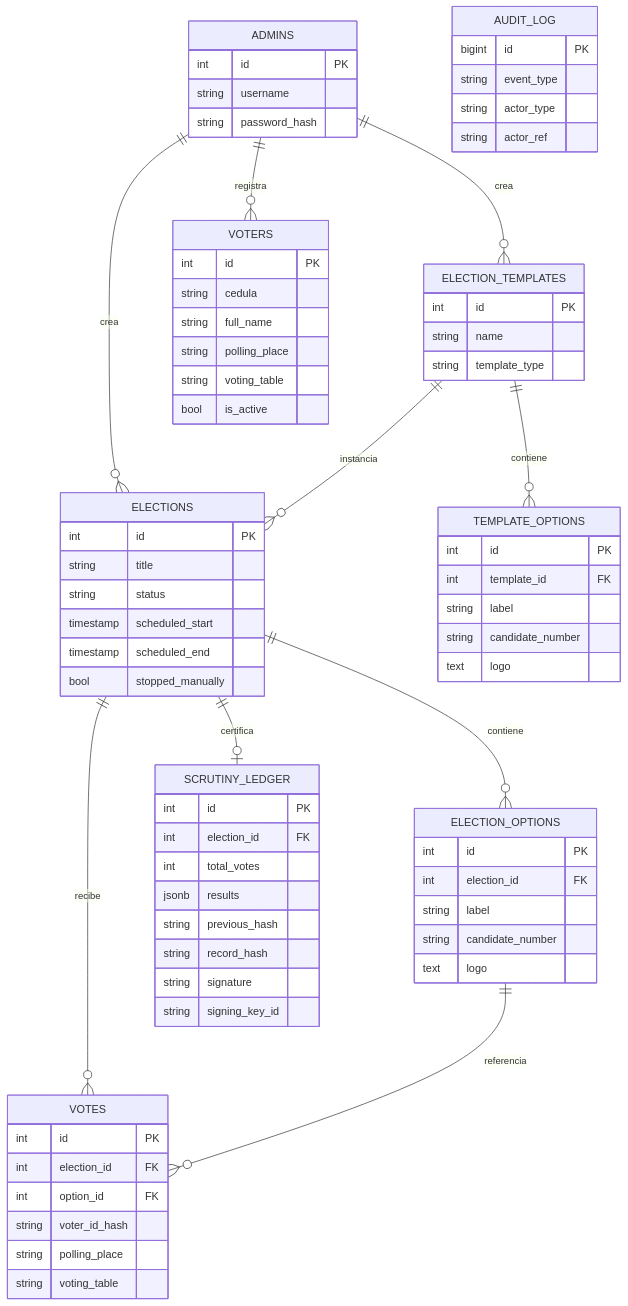
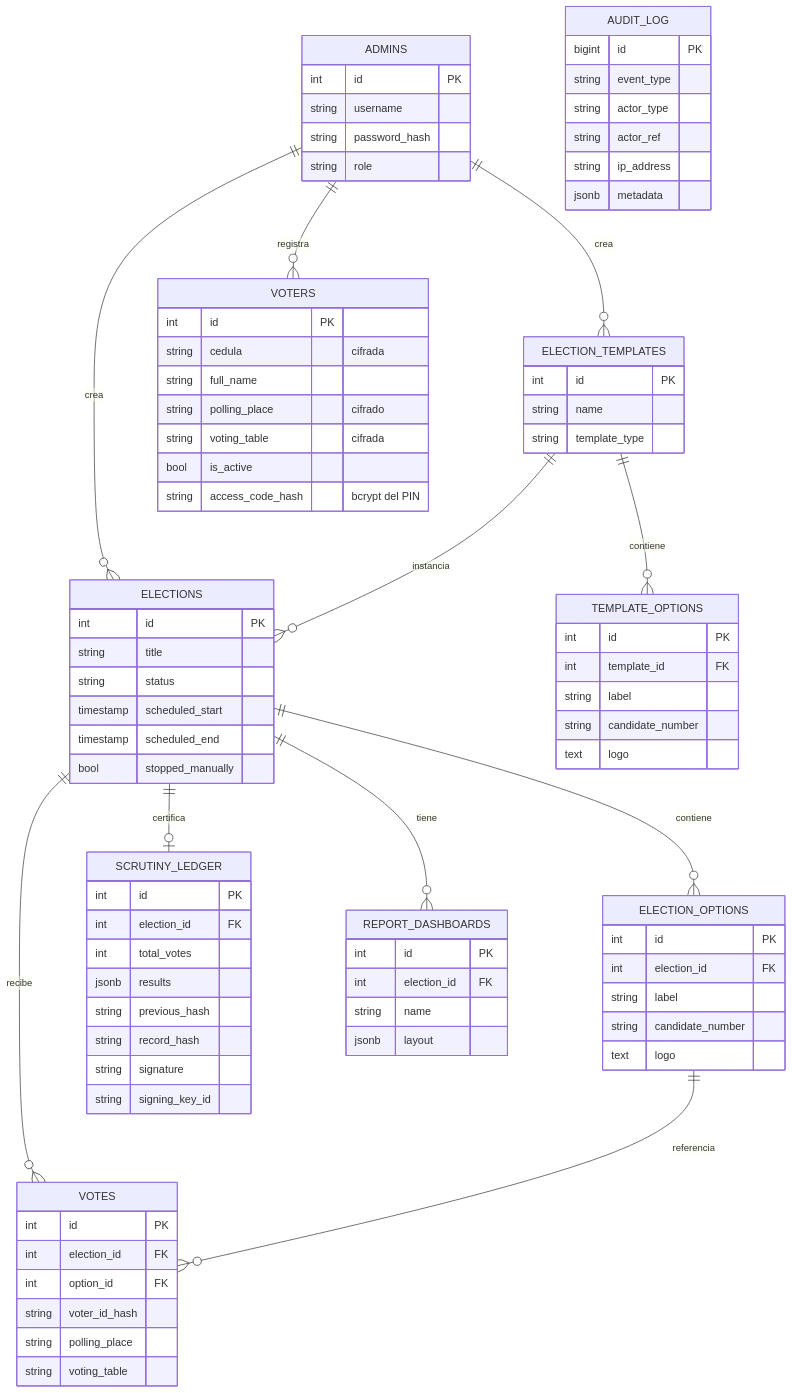
Before and after one commit to NicolasPineda1421/LiveMetric: the fifth of 5 diagrams in docs/manual-arquitectura.md, drawn with Mermaid. The commit also changed other lines of this file, not shown here.

````diff
--- a/docs/manual-arquitectura.md
+++ b/docs/manual-arquitectura.md
@@ -330,19 +346,22 @@
     ELECTIONS ||--o{ VOTES : recibe
     ELECTION_OPTIONS ||--o{ VOTES : referencia
     ELECTIONS ||--o| SCRUTINY_LEDGER : certifica
+    ELECTIONS ||--o{ REPORT_DASHBOARDS : tiene
 
     ADMINS {
         int id PK
         string username
         string password_hash
+        string role
     }
     VOTERS {
         int id PK
-        string cedula
+        string cedula "cifrada"
         string full_name
-        string polling_place
-        string voting_table
+        string polling_place "cifrado"
+        string voting_table "cifrada"
         bool is_active
+        string access_code_hash "bcrypt del PIN"
     }
     ELECTION_TEMPLATES {
         int id PK
@@ -389,10 +408,18 @@
         string signature
         string signing_key_id
     }
+    REPORT_DASHBOARDS {
+        int id PK
+        int election_id FK
+        string name
+        jsonb layout
+    }
     AUDIT_LOG {
         bigint id PK
         string event_type
         string actor_type
         string actor_ref
+        string ip_address
+        jsonb metadata
     }
 ```
````
